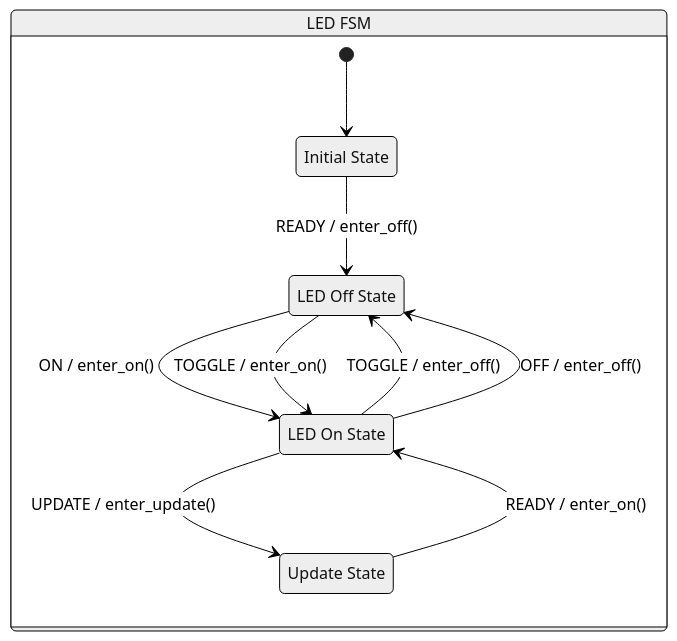
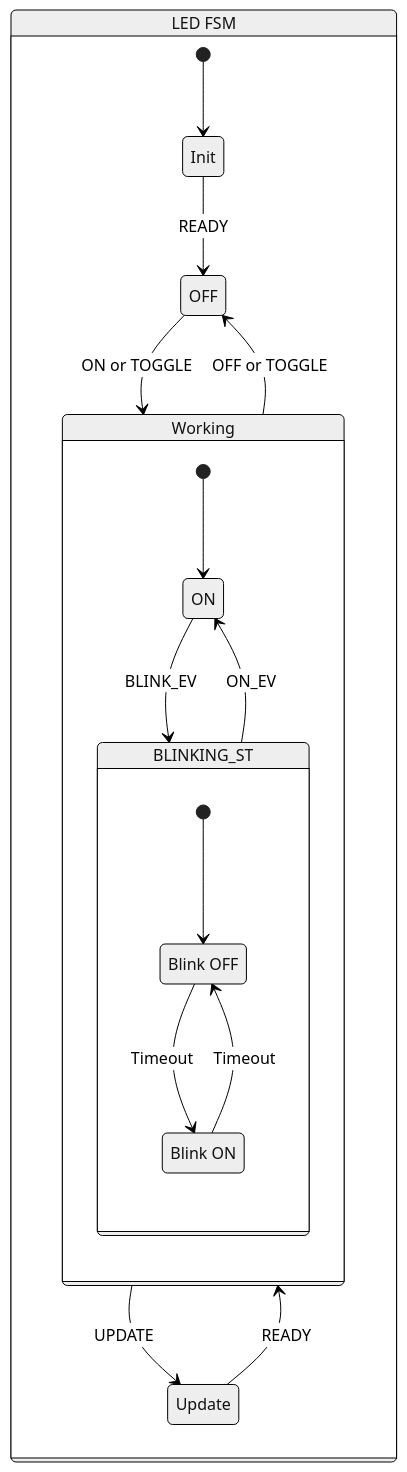
Before and after one commit to mauro-medina10/esp_led: the diagram in components/app_led/app_led_fsm.md, drawn with Mermaid (neutral theme). The commit also changed 2 other files, not shown here.

Commit message:
Improve led fsm

````diff
--- a/components/app_led/app_led_fsm.md
+++ b/components/app_led/app_led_fsm.md
@@ -1,19 +1,41 @@
-::: mermaid
+```mermaid
 stateDiagram-v2
-    state ROOT_ST {
-        [*] --> INIT_ST
-        INIT_ST --> OFF_ST : READY / enter_off()
-        OFF_ST --> ON_ST : ON / enter_on()
-        OFF_ST --> ON_ST : TOGGLE / enter_on()
-        ON_ST --> OFF_ST : TOGGLE / enter_off()
-        ON_ST --> OFF_ST : OFF / enter_off()
-        ON_ST --> UPDATE_ST : UPDATE / enter_update()
-        UPDATE_ST --> ON_ST : READY / enter_on()
+	state ROOT_ST {
+		[*] --> INIT_ST
+		INIT_ST
+		OFF_ST
+		ON_ST
+		UPDATE_ST
+	}
 
-        INIT_ST : Initial State
-        OFF_ST : LED Off State
-        ON_ST : LED On State
-        UPDATE_ST : Update State
-    }
-    ROOT_ST : LED FSM
-:::
+	state ON_ST {
+		[*] --> ON_FIX_ST
+		ON_FIX_ST
+		BLINKING_ST
+	}
+
+	state BLINKING_ST {
+		[*] --> BLINK_OFF_ST
+		BLINK_OFF_ST
+		BLINK_ON_ST
+	}
+
+	INIT_ST --> OFF_ST : READY
+	OFF_ST --> ON_ST : ON or TOGGLE
+	ON_ST --> OFF_ST : OFF or TOGGLE
+	ON_ST --> UPDATE_ST : UPDATE
+	BLINKING_ST --> ON_FIX_ST : ON_EV
+	BLINK_OFF_ST --> BLINK_ON_ST : Timeout
+	BLINK_ON_ST --> BLINK_OFF_ST : Timeout
+	UPDATE_ST --> ON_ST : READY
+	ON_FIX_ST --> BLINKING_ST : BLINK_EV
+
+	ROOT_ST: LED FSM
+	OFF_ST : OFF
+	ON_ST : Working
+	INIT_ST : Init
+	ON_FIX_ST : ON
+	BLINK_ON_ST : Blink ON
+	BLINK_OFF_ST : Blink OFF
+	UPDATE_ST : Update
+```
````
